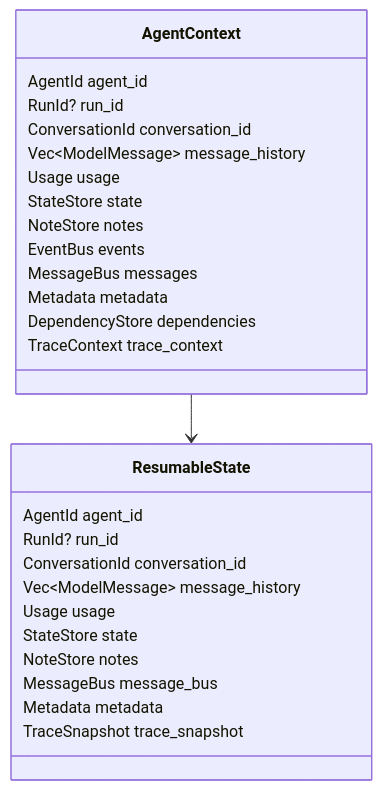
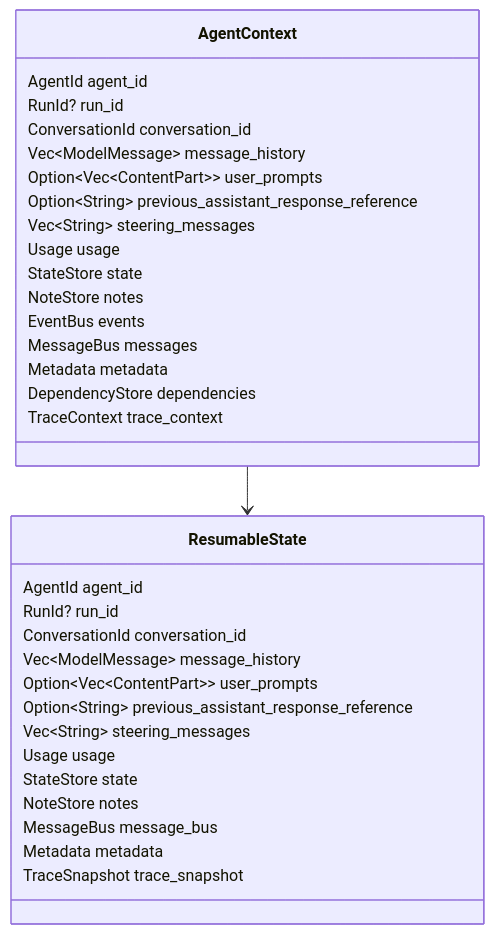
The first of 4 diagrams in spec/core/04-context-state-executor.md (Wh1isper/starweaver), drawn with Mermaid before and after one commit. The commit also changed other lines of this file and 48 other files, not shown here.

````diff
--- a/spec/core/04-context-state-executor.md
+++ b/spec/core/04-context-state-executor.md
@@ -21,32 +22,38 @@
 ```mermaid
 classDiagram
     class AgentContext {
         AgentId agent_id
         RunId? run_id
         ConversationId conversation_id
         Vec~ModelMessage~ message_history
+        Option~Vec~ContentPart~~ user_prompts
+        Option~String~ previous_assistant_response_reference
+        Vec~String~ steering_messages
         Usage usage
         StateStore state
         NoteStore notes
         EventBus events
         MessageBus messages
         Metadata metadata
         DependencyStore dependencies
         TraceContext trace_context
     }
 
     class ResumableState {
         AgentId agent_id
         RunId? run_id
         ConversationId conversation_id
         Vec~ModelMessage~ message_history
+        Option~Vec~ContentPart~~ user_prompts
+        Option~String~ previous_assistant_response_reference
+        Vec~String~ steering_messages
         Usage usage
         StateStore state
         NoteStore notes
         MessageBus message_bus
         Metadata metadata
         TraceSnapshot trace_snapshot
     }
 
     AgentContext --> ResumableState
 ```
````
